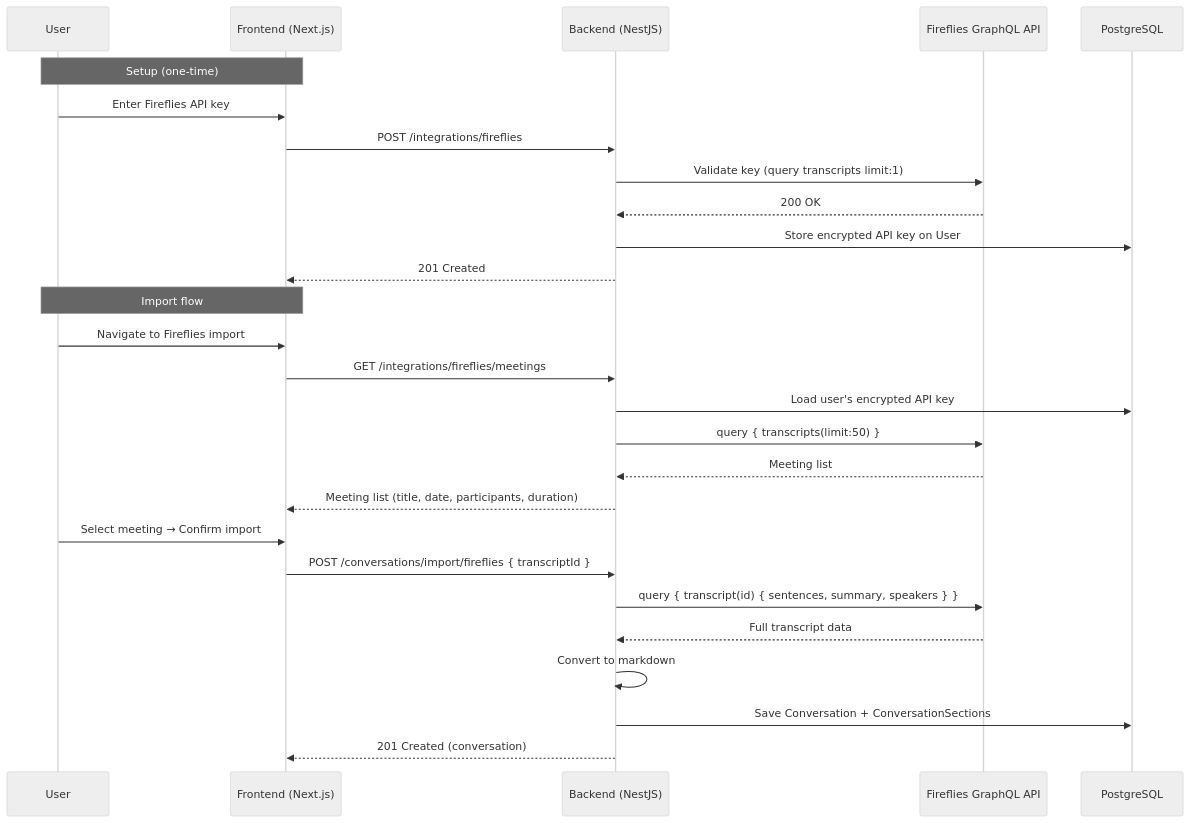
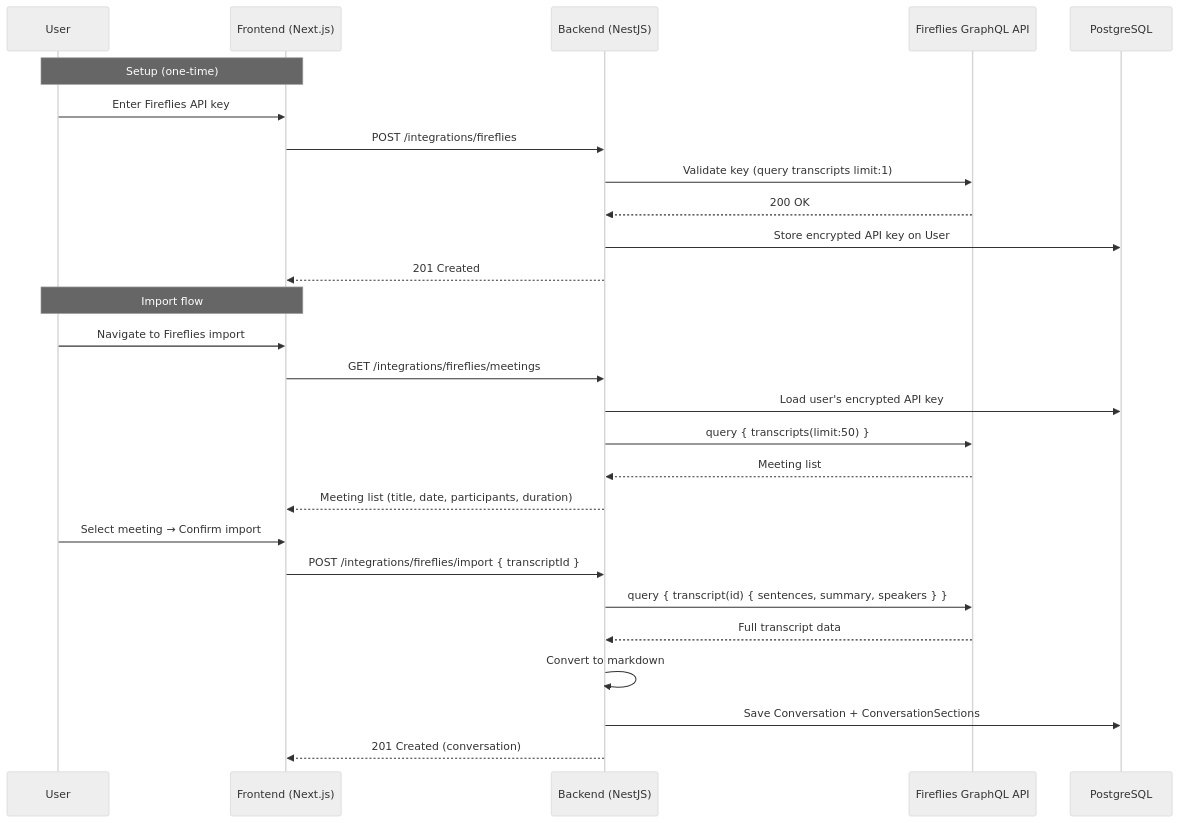
The first of 3 diagrams in docs/proposals/0009-fireflies-transcript-import.md (garethrhughes/converser), drawn with Mermaid (neutral theme) before and after one commit. The commit also changed other lines of this file and 6 other files, not shown here.

````diff
--- a/docs/proposals/0009-fireflies-transcript-import.md
+++ b/docs/proposals/0009-fireflies-transcript-import.md
@@ -29,31 +29,31 @@
 ```mermaid
 sequenceDiagram
     participant User
     participant Frontend as Frontend (Next.js)
     participant API as Backend (NestJS)
     participant FF as Fireflies GraphQL API
     participant DB as PostgreSQL
 
     Note over User,Frontend: Setup (one-time)
     User->>Frontend: Enter Fireflies API key
     Frontend->>API: POST /integrations/fireflies
     API->>FF: Validate key (query transcripts limit:1)
     FF-->>API: 200 OK
     API->>DB: Store encrypted API key on User
     API-->>Frontend: 201 Created
 
     Note over User,Frontend: Import flow
     User->>Frontend: Navigate to Fireflies import
     Frontend->>API: GET /integrations/fireflies/meetings
     API->>DB: Load user's encrypted API key
     API->>FF: query { transcripts(limit:50) }
     FF-->>API: Meeting list
     API-->>Frontend: Meeting list (title, date, participants, duration)
     User->>Frontend: Select meeting → Confirm import
-    Frontend->>API: POST /conversations/import/fireflies { transcriptId }
+    Frontend->>API: POST /integrations/fireflies/import { transcriptId }
     API->>FF: query { transcript(id) { sentences, summary, speakers } }
     FF-->>API: Full transcript data
     API->>API: Convert to markdown
     API->>DB: Save Conversation + ConversationSections
     API-->>Frontend: 201 Created (conversation)
 ```
````
